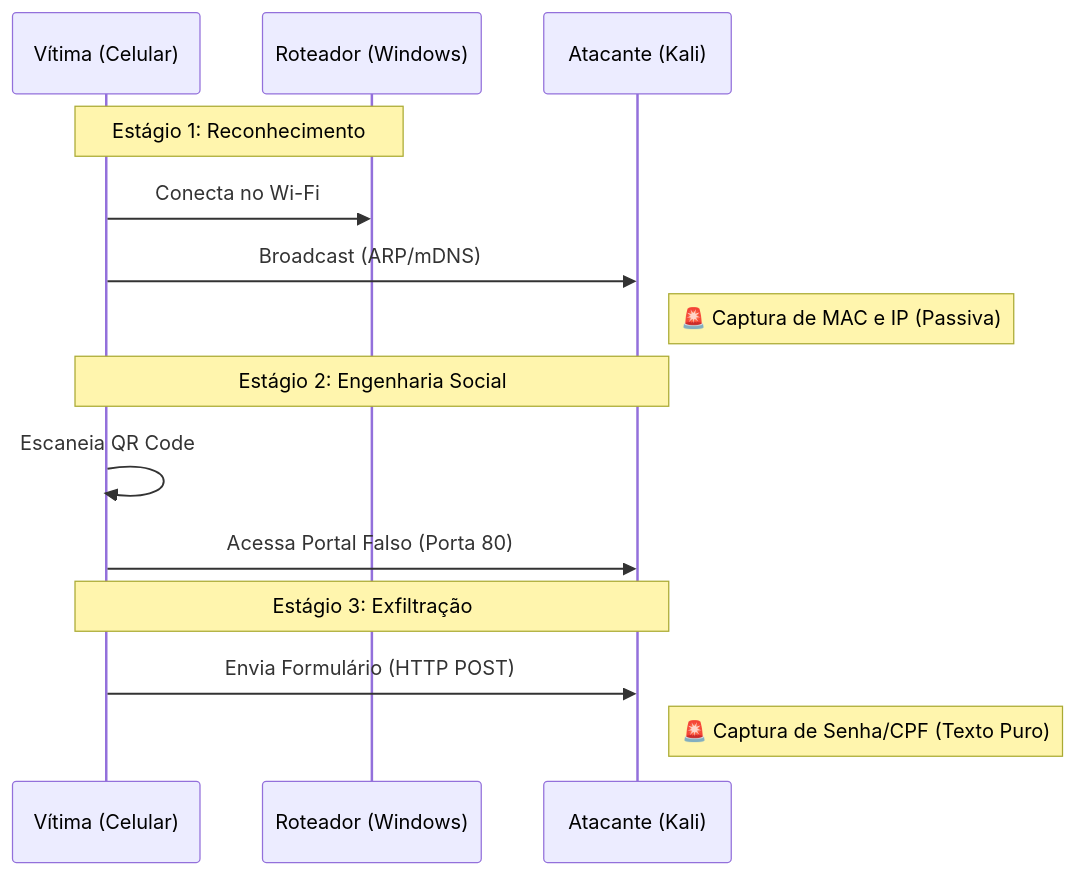
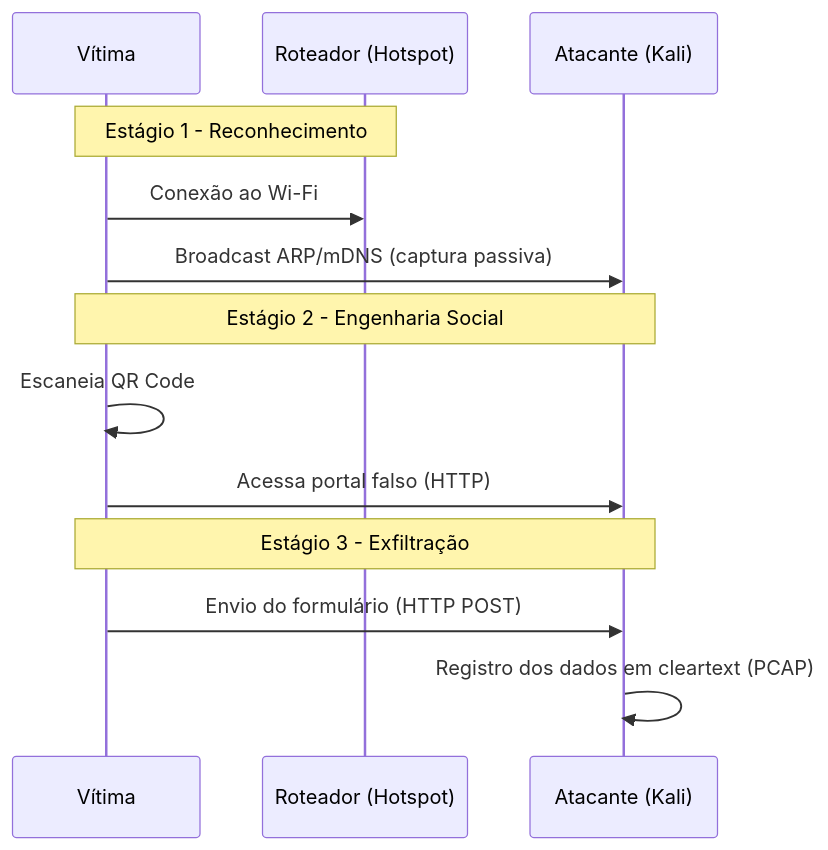
The diagram in README.md (Kaypp21/Exploracao-Vulnerabilidade-HTTP), drawn with Mermaid before and after one commit. The commit also changed other lines of this file, not shown here.

````diff
--- a/README.md
+++ b/README.md
@@ -74,19 +72,18 @@
 ```mermaid
 sequenceDiagram
-    participant V as Vítima (Celular)
-    participant R as Roteador (Windows)
+    participant V as Vítima
+    participant R as Roteador (Hotspot)
     participant A as Atacante (Kali)
 
-    Note over V, R: Estágio 1: Reconhecimento
-    V->>R: Conecta no Wi-Fi
-    V->>A: Broadcast (ARP/mDNS)
-    Note right of A: 🚨 Captura de MAC e IP (Passiva)
+    Note over V, R: Estágio 1 - Reconhecimento
+    V->>R: Conexão ao Wi-Fi
+    V->>A: Broadcast ARP/mDNS (captura passiva)
 
-    Note over V, A: Estágio 2: Engenharia Social
+    Note over V, A: Estágio 2 - Engenharia Social
     V->>V: Escaneia QR Code
-    V->>A: Acessa Portal Falso (Porta 80)
+    V->>A: Acessa portal falso (HTTP)
 
-    Note over V, A: Estágio 3: Exfiltração
-    V->>A: Envia Formulário (HTTP POST)
-    Note right of A: 🚨 Captura de Senha/CPF (Texto Puro)
+    Note over V, A: Estágio 3 - Exfiltração
+    V->>A: Envio do formulário (HTTP POST)
+    A->>A: Registro dos dados em cleartext (PCAP)
 ```
````
